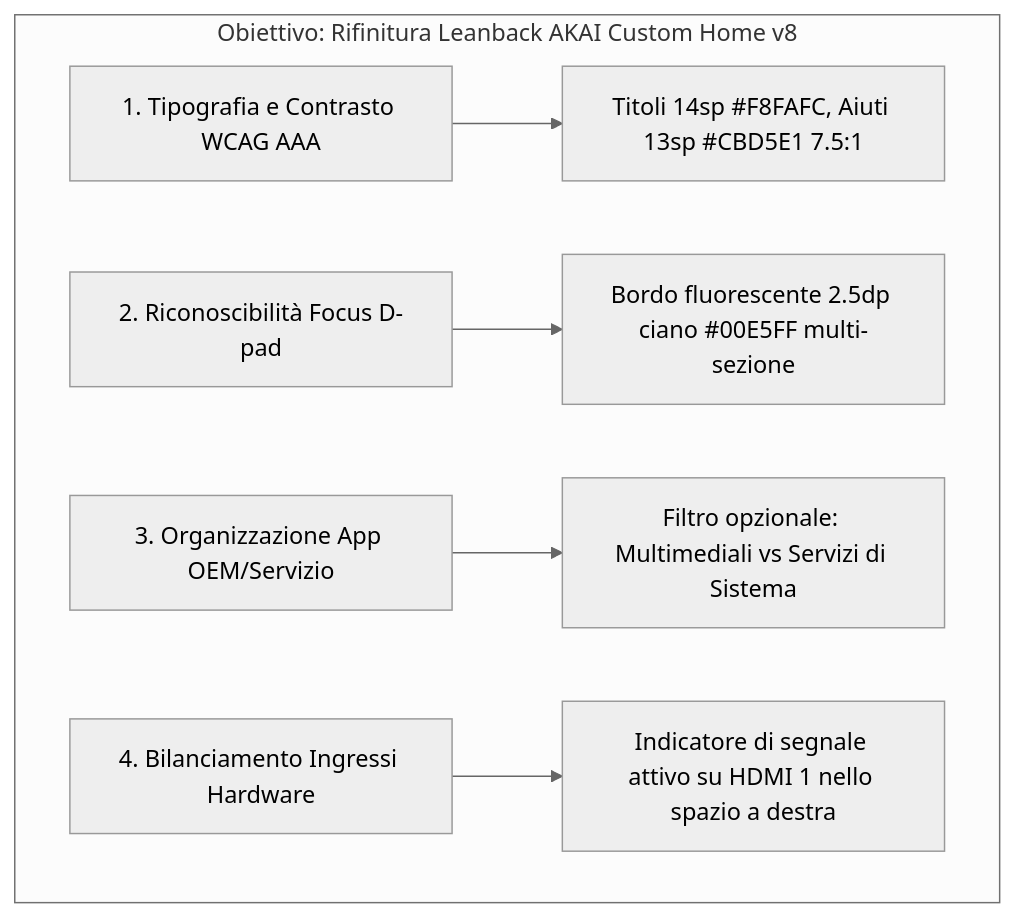
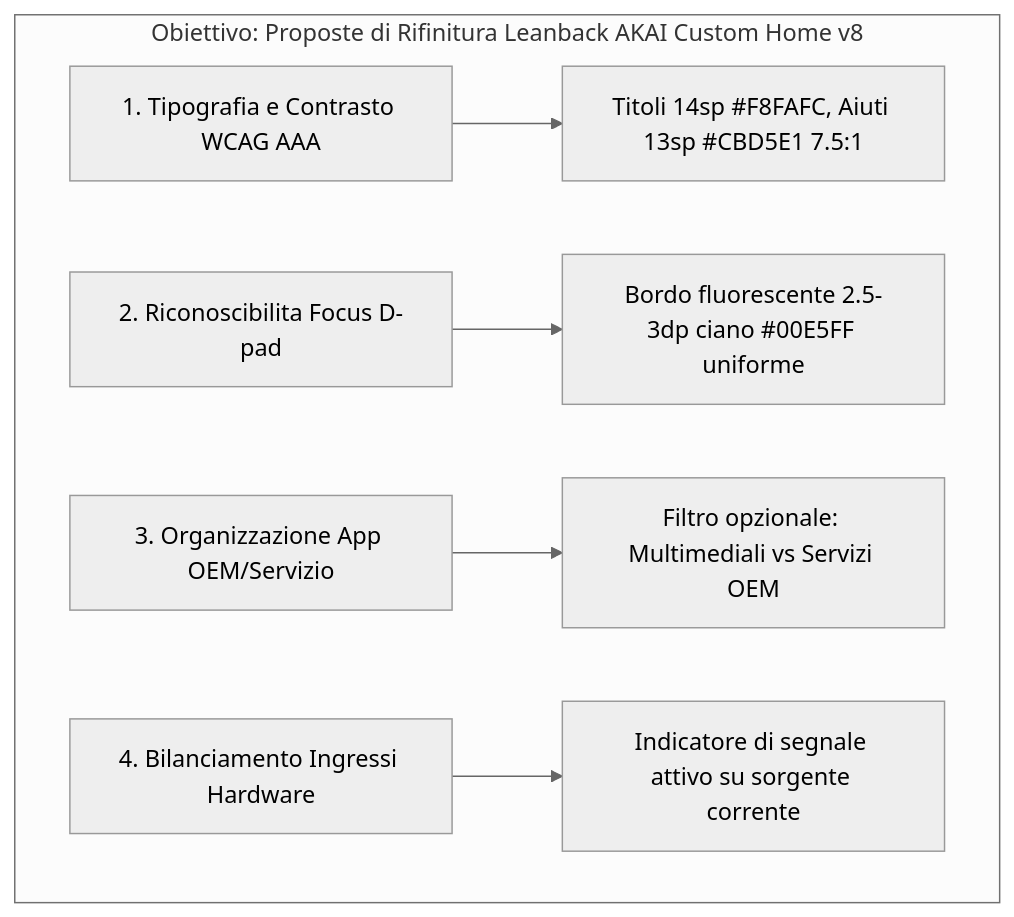
Before and after one commit to SmokeJoy/akai-jarvis: the diagram in docs/launcher/README.md, drawn with Mermaid (neutral theme). The commit also changed other lines of this file and 1 other file, not shown here.

Commit message:
docs(launcher): clarify archive TV image provenance, document 4-col schema, sanitize IP, and refine mockup 4 layout

````diff
--- a/docs/launcher/README.md
+++ b/docs/launcher/README.md
@@ -101,9 +101,9 @@
 ```mermaid
 graph TD
-    subgraph Obiettivo: Rifinitura Leanback AKAI Custom Home v8
+    subgraph Obiettivo: Proposte di Rifinitura Leanback AKAI Custom Home v8
         A[1. Tipografia e Contrasto WCAG AAA] --> E[Titoli 14sp #F8FAFC, Aiuti 13sp #CBD5E1 7.5:1]
-        B[2. Riconoscibilità Focus D-pad] --> F[Bordo fluorescente 2.5dp ciano #00E5FF multi-sezione]
-        C[3. Organizzazione App OEM/Servizio] --> G[Filtro opzionale: Multimediali vs Servizi di Sistema]
-        D[4. Bilanciamento Ingressi Hardware] --> H[Indicatore di segnale attivo su HDMI 1 nello spazio a destra]
+        B[2. Riconoscibilita Focus D-pad] --> F[Bordo fluorescente 2.5-3dp ciano #00E5FF uniforme]
+        C[3. Organizzazione App OEM/Servizio] --> G[Filtro opzionale: Multimediali vs Servizi OEM]
+        D[4. Bilanciamento Ingressi Hardware] --> H[Indicatore di segnale attivo su sorgente corrente]
     end
 ```
````
